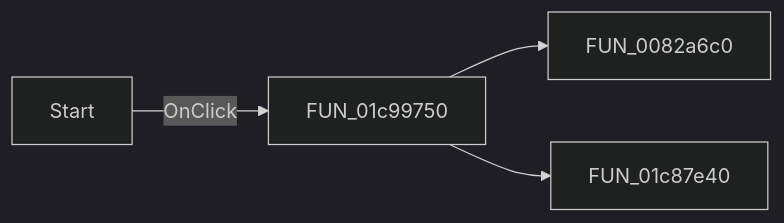
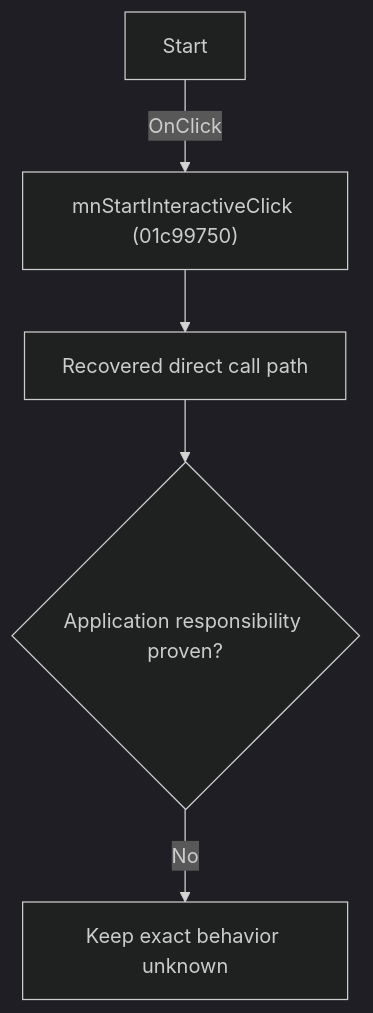
The diagram in docs/ui-controls/schematiceditor/mnstartinteractive-36c91195ac.md (MovGP0/TIARA), drawn with Mermaid (dark theme) before and after one commit. The commit also changed other lines of this file and 1062 other files, not shown here.

````diff
--- a/docs/ui-controls/schematiceditor/mnstartinteractive-36c91195ac.md
+++ b/docs/ui-controls/schematiceditor/mnstartinteractive-36c91195ac.md
@@ -27,6 +27,7 @@
 ```mermaid
-flowchart LR
-    control["Start"] -->|OnClick| handler["FUN_01c99750"]
-    handler --> call1["FUN_0082a6c0"]
-    handler --> call2["FUN_01c87e40"]
+flowchart TD
+    control["Start"] -->|"OnClick"| handler["mnStartInteractiveClick (01c99750)"]
+    handler --> recovered["Recovered direct call path"]
+    recovered --> gap{"Application responsibility proven?"}
+    gap -->|"No"| blocked["Keep exact behavior unknown"]
 ```
````
